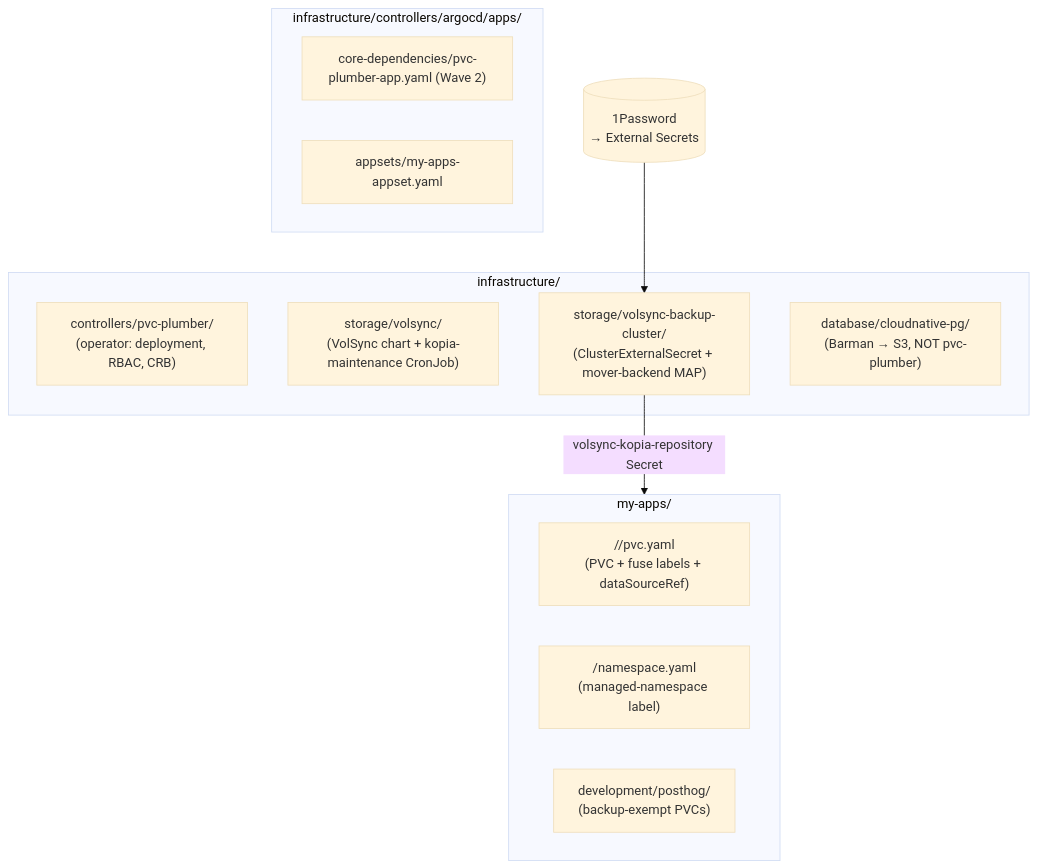
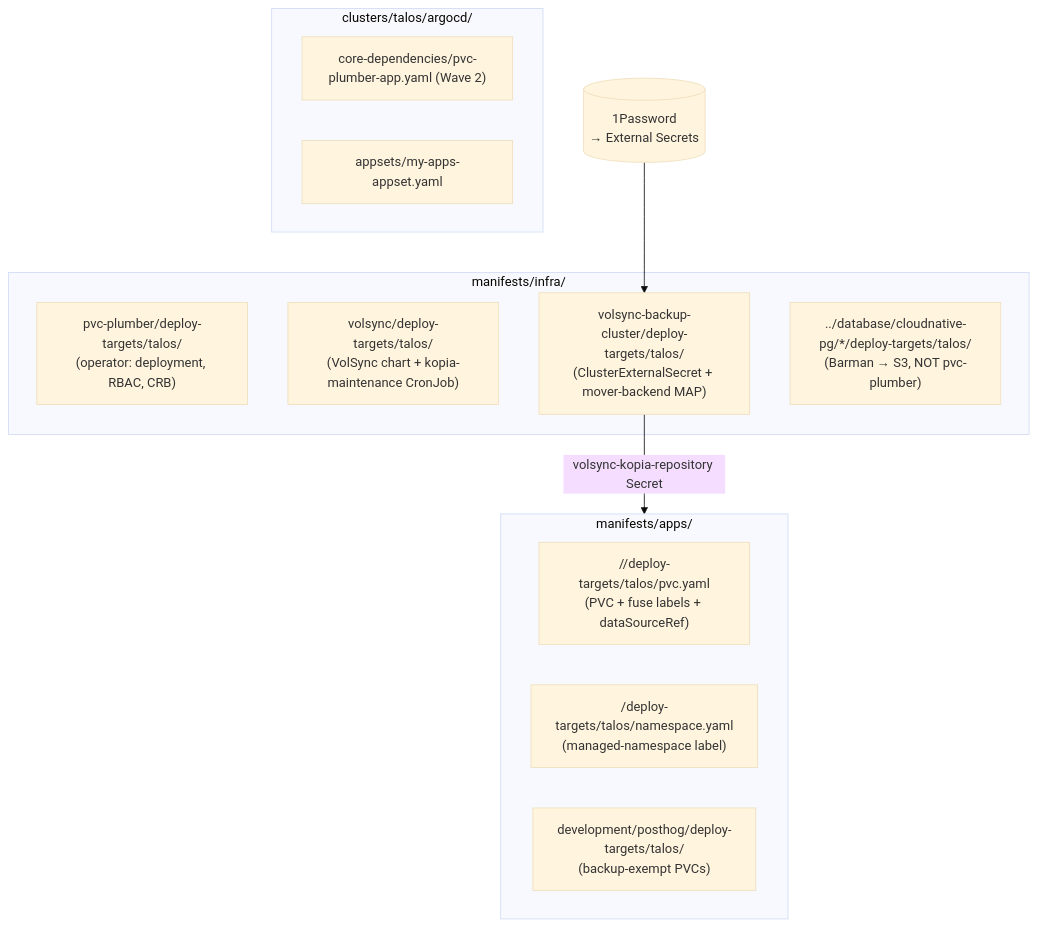
Before and after one commit to mitchross/talos-argocd-proxmox: the first of 4 diagrams in docs/talos-argocd-pvc-plumber-integration.md, drawn with Mermaid (base theme). The commit also changed other lines of this file and 883 other files, not shown here.

Commit message:
multi cluster, argo, wip

````diff
--- a/docs/talos-argocd-pvc-plumber-integration.md
+++ b/docs/talos-argocd-pvc-plumber-integration.md
@@ -10,20 +10,20 @@
 ```mermaid
 flowchart TD
-    subgraph Infra["infrastructure/"]
-        PP["controllers/pvc-plumber/\n(operator: deployment, RBAC, CRB)"]
-        VS["storage/volsync/\n(VolSync chart + kopia-maintenance CronJob)"]
-        VBC["storage/volsync-backup-cluster/\n(ClusterExternalSecret + mover-backend MAP)"]
-        CNPG["database/cloudnative-pg/\n(Barman → S3, NOT pvc-plumber)"]
+    subgraph Infra["manifests/infra/"]
+        PP["pvc-plumber/deploy-targets/talos/\n(operator: deployment, RBAC, CRB)"]
+        VS["volsync/deploy-targets/talos/\n(VolSync chart + kopia-maintenance CronJob)"]
+        VBC["volsync-backup-cluster/deploy-targets/talos/\n(ClusterExternalSecret + mover-backend MAP)"]
+        CNPG["../database/cloudnative-pg/*/deploy-targets/talos/\n(Barman → S3, NOT pvc-plumber)"]
     end
-    subgraph Apps["my-apps/"]
-        APV["<category>/<app>/pvc.yaml\n(PVC + fuse labels + dataSourceRef)"]
-        ANS["<app>/namespace.yaml\n(managed-namespace label)"]
-        POSTHOG["development/posthog/\n(backup-exempt PVCs)"]
+    subgraph Apps["manifests/apps/"]
+        APV["<category>/<app>/deploy-targets/talos/pvc.yaml\n(PVC + fuse labels + dataSourceRef)"]
+        ANS["<app>/deploy-targets/talos/namespace.yaml\n(managed-namespace label)"]
+        POSTHOG["development/posthog/deploy-targets/talos/\n(backup-exempt PVCs)"]
     end
-    subgraph Argo["infrastructure/controllers/argocd/apps/"]
+    subgraph Argo["clusters/talos/argocd/"]
         ENT["core-dependencies/pvc-plumber-app.yaml (Wave 2)"]
         AS["appsets/my-apps-appset.yaml"]
     end
     OnePW[("1Password\n→ External Secrets")] --> VBC
     VBC -->|volsync-kopia-repository Secret| Apps
 ```
````
